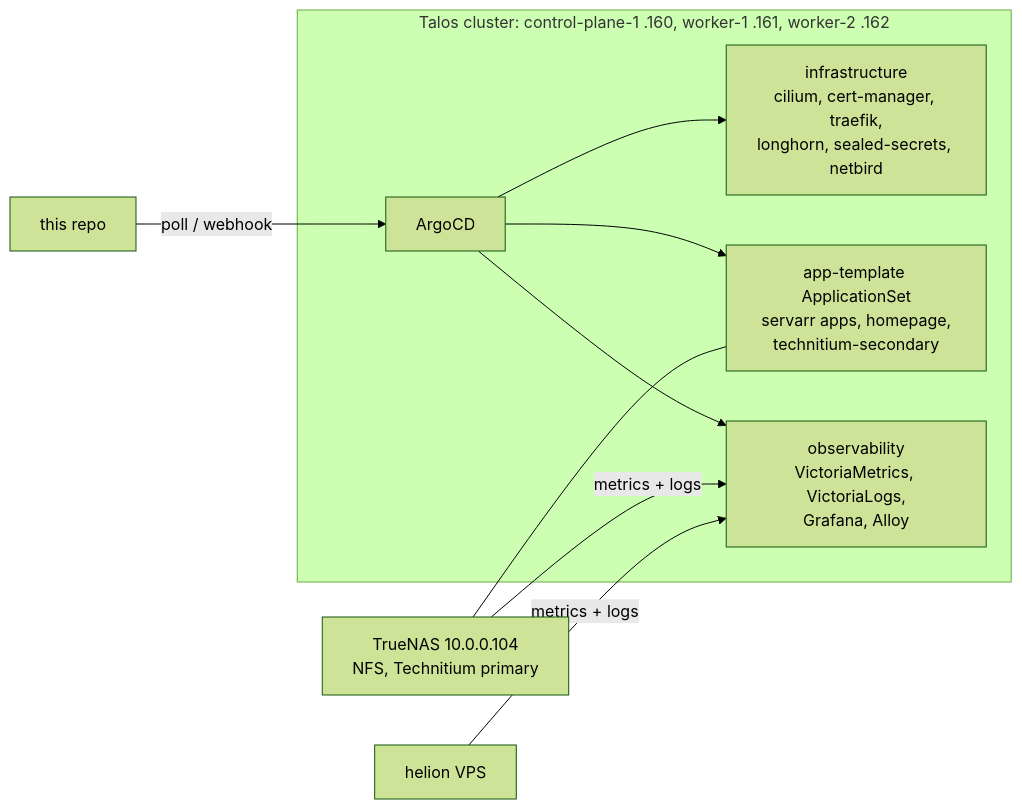
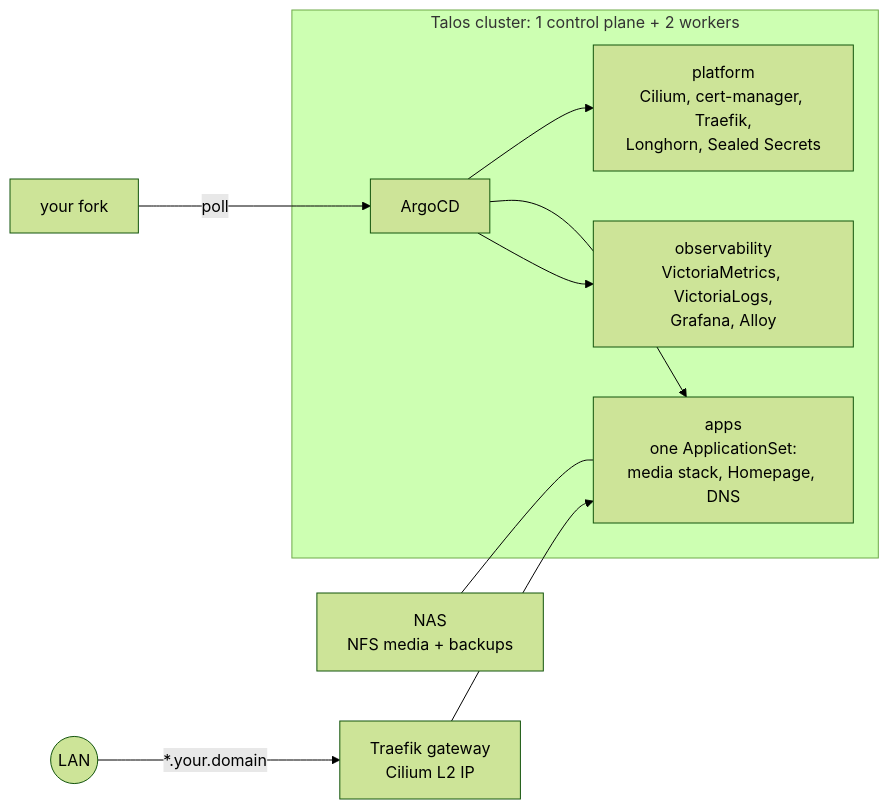
One commit to obleey/talos-homelab changed the diagram in README.md. Above: the diagram before and after it, drawn with Mermaid (forest theme). The commit also changed other lines of this file, not shown here.

Commit message:
README: rewrite as a fork-and-follow blueprint (setup steps, what to replace, secrets to seal)

````diff
--- a/README.md
+++ b/README.md
@@ -5,11 +7,11 @@
 ```mermaid
 graph LR
-    Git[this repo] -->|poll / webhook| ArgoCD
-    subgraph cluster [Talos cluster: control-plane-1 .160, worker-1 .161, worker-2 .162]
-        ArgoCD --> Infra[infrastructure<br/>cilium, cert-manager, traefik,<br/>longhorn, sealed-secrets, netbird]
-        ArgoCD --> Apps[app-template ApplicationSet<br/>servarr apps, homepage,<br/>technitium-secondary]
+    Git[your fork] -->|poll| ArgoCD
+    subgraph cluster [Talos cluster: 1 control plane + 2 workers]
+        ArgoCD --> Platform[platform<br/>Cilium, cert-manager, Traefik,<br/>Longhorn, Sealed Secrets]
+        ArgoCD --> Apps[apps<br/>one ApplicationSet:<br/>media stack, Homepage, DNS]
         ArgoCD --> Obs[observability<br/>VictoriaMetrics, VictoriaLogs,<br/>Grafana, Alloy]
     end
-    TrueNAS[TrueNAS 10.0.0.104<br/>NFS, Technitium primary] --- Apps
-    TrueNAS & Helion[helion VPS] -->|metrics + logs| Obs
+    NAS[NAS<br/>NFS media + backups] --- Apps
+    Users((LAN)) -->|*.your.domain| Traefik[Traefik gateway<br/>Cilium L2 IP] --> Apps
 ```
````
